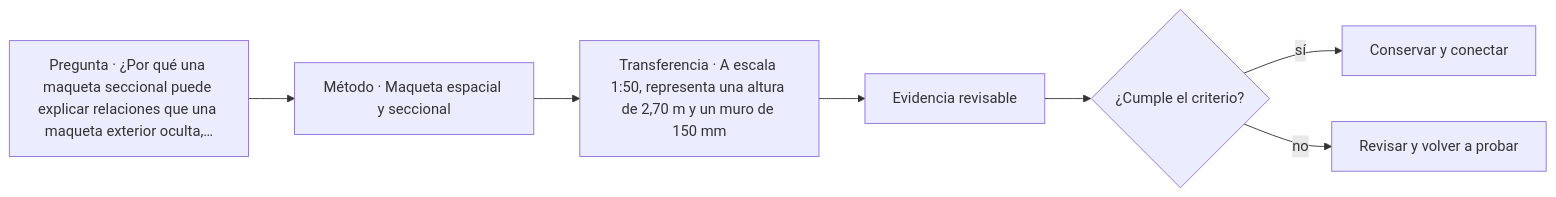
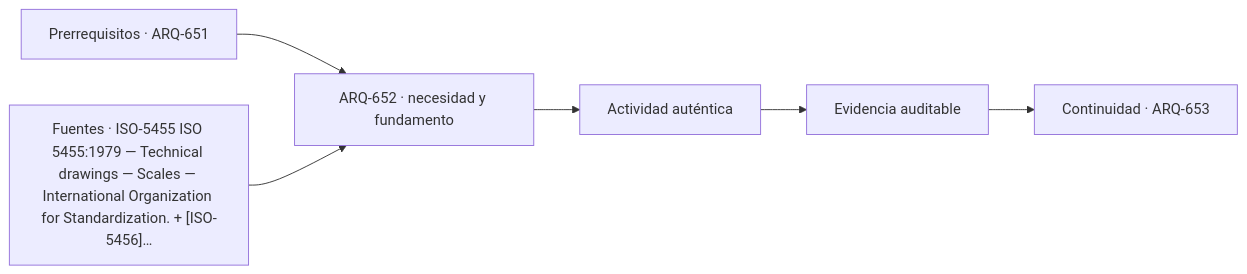
One commit to vladimiracunadev-create/architecture-built-environment-learning-program changed the diagram in classes/parte-66/ARQ-652.md. Above: the diagram before and after it, drawn with Mermaid. The commit also changed other lines of this file and 761 other files, not shown here.

````diff
--- a/classes/parte-66/ARQ-652.md
+++ b/classes/parte-66/ARQ-652.md
@@ -66,9 +78,8 @@
 ```mermaid
 flowchart LR
-    Q["Pregunta · ¿Por qué una maqueta seccional puede explicar relaciones que una maqueta exterior oculta,…"] --> M["Método · Maqueta espacial y seccional"]
-    M --> P["Transferencia · A escala 1:50, representa una altura de 2,70 m y un muro de 150 mm"]
-    P --> E["Evidencia revisable"]
-    E --> C{"¿Cumple el criterio?"}
-    C -->|sí| T["Conservar y conectar"]
-    C -->|no| R["Revisar y volver a probar"]
+    A["Prerrequisitos · ARQ-651"] --> B["ARQ-652 · necesidad y fundamento"]
+    S["Fuentes · ISO-5455 ISO 5455:1979 — Technical drawings — Scales — International Organization for Standardization. + [ISO-5456]…"] --> B
+    B --> C["Actividad auténtica"]
+    C --> D["Evidencia auditable"]
+    D --> E["Continuidad · ARQ-653"]
 ```
````
